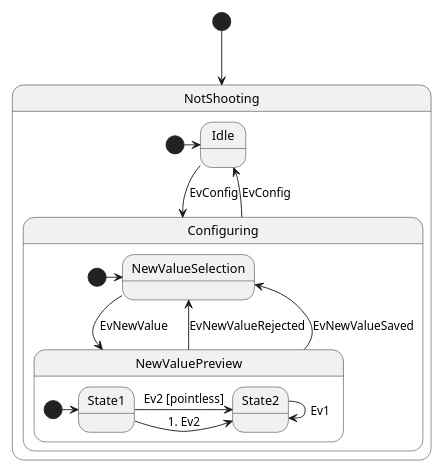
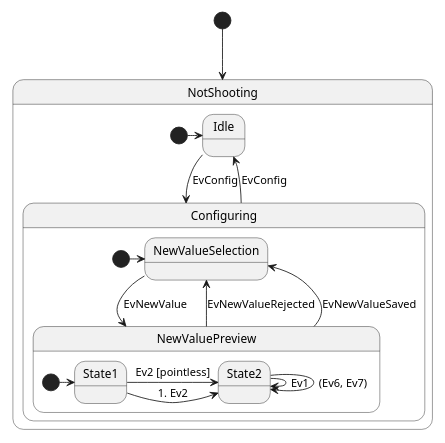
The diagram in src/StateSmithTest/Output/Sim/diagrams/PlantEx2.puml (StateSmith/StateSmith), drawn with PlantUML before and after one commit. The commit also changed 13 other files, not shown here.

```diff
--- a/src/StateSmithTest/Output/Sim/diagrams/PlantEx2.puml
+++ b/src/StateSmithTest/Output/Sim/diagrams/PlantEx2.puml
@@ -1,26 +1,27 @@
 @startuml PlantEx2
 ' from https://plantuml.com/state-diagram
 scale 350 width
 [*] --> NotShooting
 
 state NotShooting {
   [*] -> Idle
   Idle --> Configuring : EvConfig
   Configuring --> Idle : EvConfig
 }
 
 state Configuring {
   [*] -> NewValueSelection
   NewValueSelection --> NewValuePreview : EvNewValue
   NewValuePreview --> NewValueSelection : EvNewValueRejected
   NewValuePreview --> NewValueSelection : EvNewValueSaved
 
   state NewValuePreview {
     [*] -> State1
     State1 -> State2 : Ev2 [pointless]
     State1 -> State2 : 1. Ev2
     State2 -> State2 : Ev1
+    State2 -> State2 : (Ev6, Ev7)
   }
 
 }
 @enduml
```
